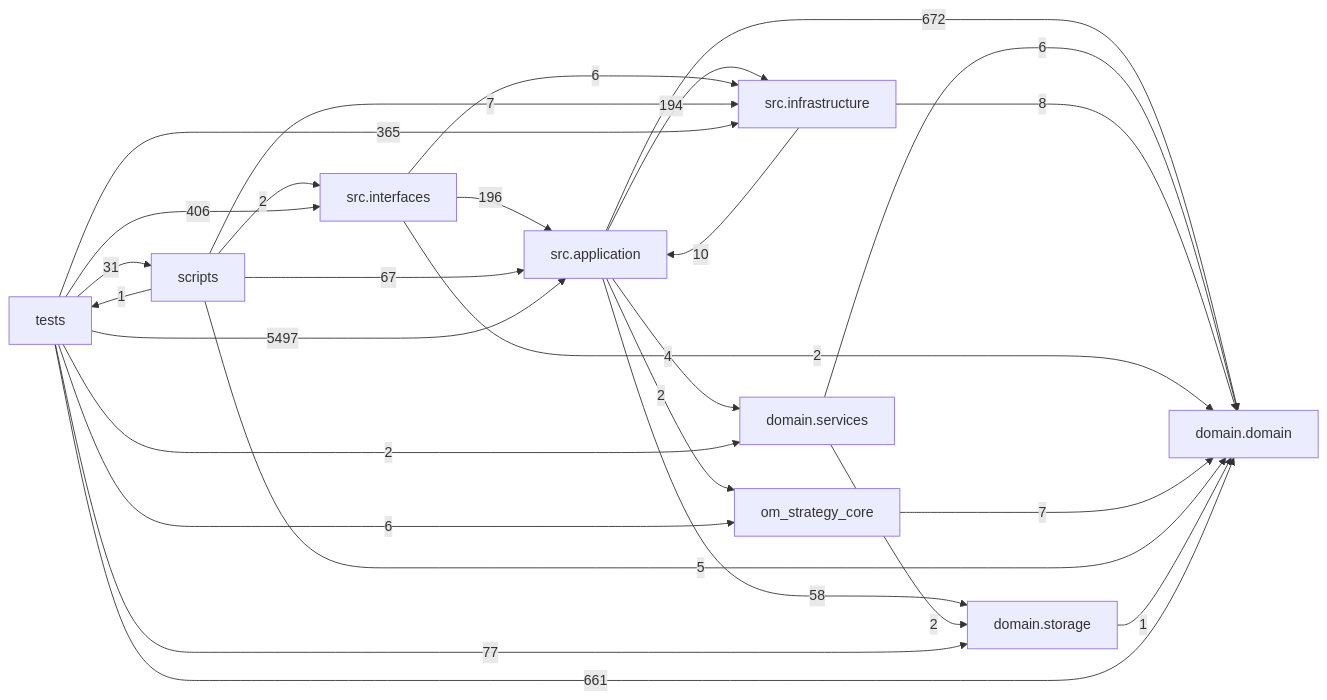
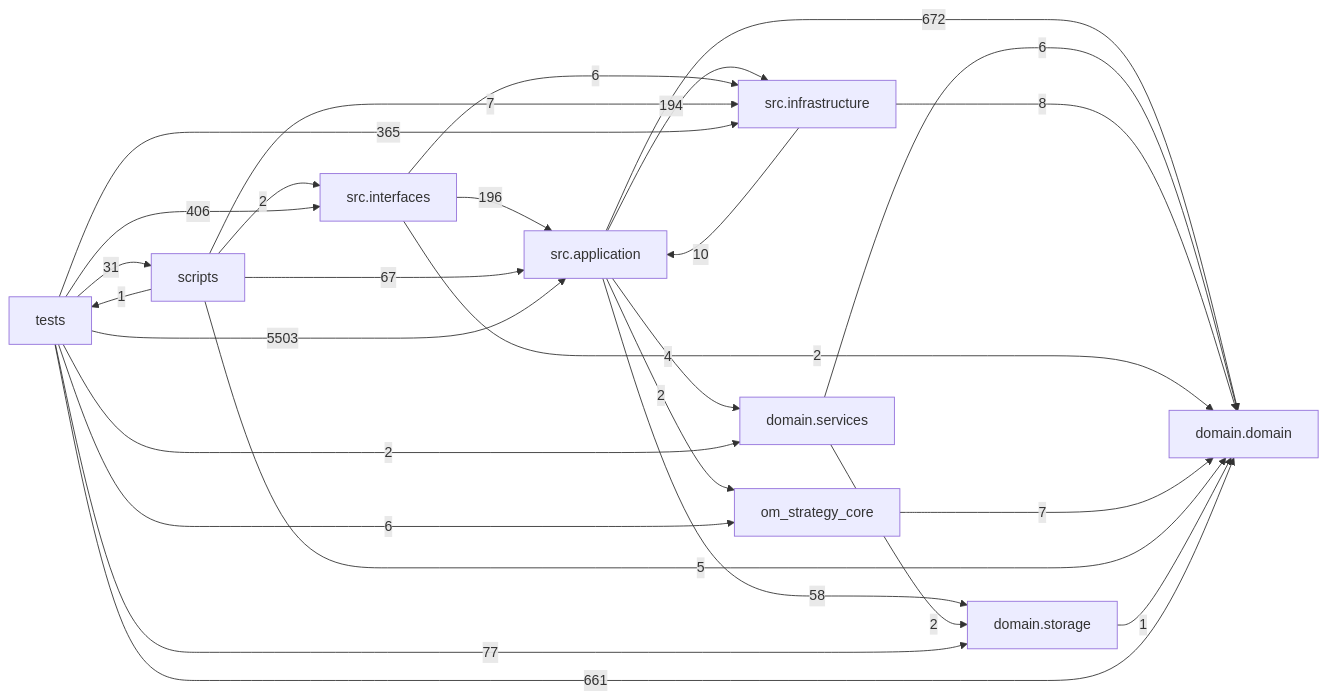
The diagram in docs/DEPENDENCY_GRAPH.md (liuxie066/options-monitor), drawn with Mermaid before and after one commit. The commit also changed other lines of this file and 12 other files, not shown here.

````diff
--- a/docs/DEPENDENCY_GRAPH.md
+++ b/docs/DEPENDENCY_GRAPH.md
@@ -24,38 +24,38 @@
 ```mermaid
 flowchart LR
   tests["tests"]
   scripts["scripts"]
   interfaces["src.interfaces"]
   application["src.application"]
   infrastructure["src.infrastructure"]
   domain_services["domain.services"]
   domain["domain.domain"]
   storage["domain.storage"]
   application -->|672| domain
   application -->|4| domain_services
   application -->|194| infrastructure
   application -->|2| om_strategy_core
   application -->|58| storage
   domain_services -->|6| domain
   domain_services -->|2| storage
   infrastructure -->|10| application
   infrastructure -->|8| domain
   interfaces -->|196| application
   interfaces -->|2| domain
   interfaces -->|6| infrastructure
   om_strategy_core -->|7| domain
   scripts -->|67| application
   scripts -->|5| domain
   scripts -->|7| infrastructure
   scripts -->|2| interfaces
   scripts -->|1| tests
   storage -->|1| domain
-  tests -->|5497| application
+  tests -->|5503| application
   tests -->|661| domain
   tests -->|2| domain_services
   tests -->|365| infrastructure
   tests -->|406| interfaces
   tests -->|6| om_strategy_core
   tests -->|31| scripts
   tests -->|77| storage
 ```
````
